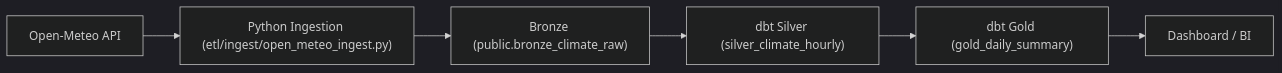
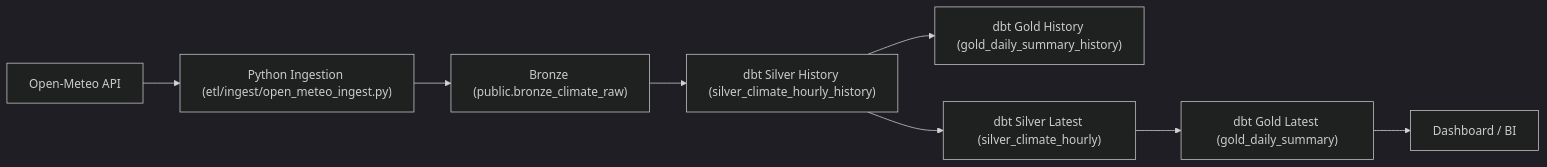
One commit to arnaldopinhoni/tcc-climate-data-pipeline changed the diagram in README.md. Above: the diagram before and after it, drawn with Mermaid (dark theme). The commit also changed other lines of this file and 7 other files, not shown here.

````diff
--- a/README.md
+++ b/README.md
@@ -21,8 +21,10 @@
 ```mermaid
 flowchart LR
     A["Open-Meteo API"] --> B["Python Ingestion (etl/ingest/open_meteo_ingest.py)"]
     B --> C["Bronze (public.bronze_climate_raw)"]
-    C --> D["dbt Silver (silver_climate_hourly)"]
-    D --> E["dbt Gold (gold_daily_summary)"]
-    E --> F["Dashboard / BI"]
+    C --> D["dbt Silver History (silver_climate_hourly_history)"]
+    D --> E["dbt Gold History (gold_daily_summary_history)"]
+    D --> F["dbt Silver Latest (silver_climate_hourly)"]
+    F --> G["dbt Gold Latest (gold_daily_summary)"]
+    G --> H["Dashboard / BI"]
 ```
````
